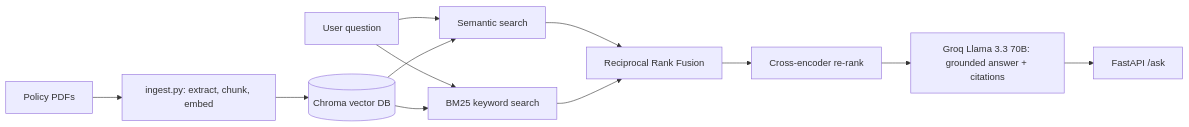
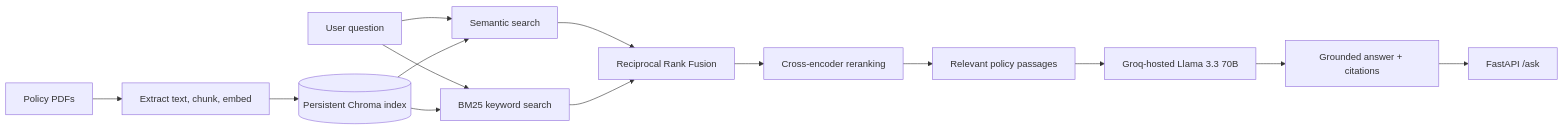
One commit to EjazBhai/Insurance-Policy-RAG-Assistant changed the diagram in README.md. Above: the diagram before and after it, drawn with Mermaid. The commit also changed other lines of this file, not shown here.

````diff
--- a/README.md
+++ b/README.md
@@ -12,14 +47,16 @@
 ```mermaid
 flowchart LR
-    A[Policy PDFs] --> B[ingest.py: extract, chunk, embed]
-    B --> C[(Chroma vector DB)]
+    A[Policy PDFs] --> B[Extract text, chunk, embed]
+    B --> C[(Persistent Chroma index)]
     Q[User question] --> D[Semantic search]
     Q --> E[BM25 keyword search]
     C --> D
     C --> E
     D --> F[Reciprocal Rank Fusion]
     E --> F
-    F --> G[Cross-encoder re-rank]
-    G --> H[Groq Llama 3.3 70B: grounded answer + citations]
-    H --> I[FastAPI /ask]
+    F --> G[Cross-encoder reranking]
+    G --> H[Relevant policy passages]
+    H --> I[Groq-hosted Llama 3.3 70B]
+    I --> J[Grounded answer + citations]
+    J --> K[FastAPI /ask]
 ```
````
